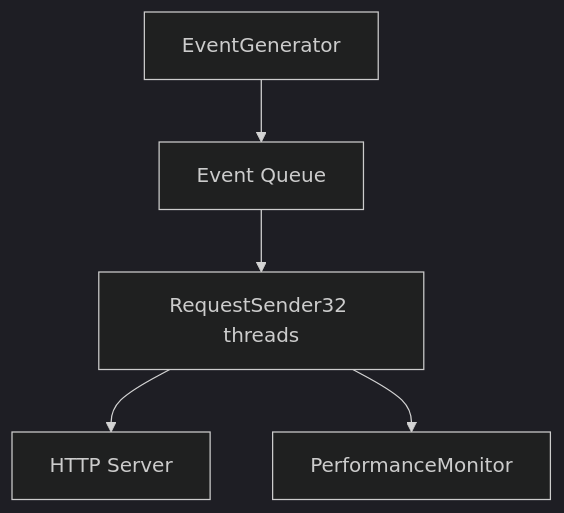
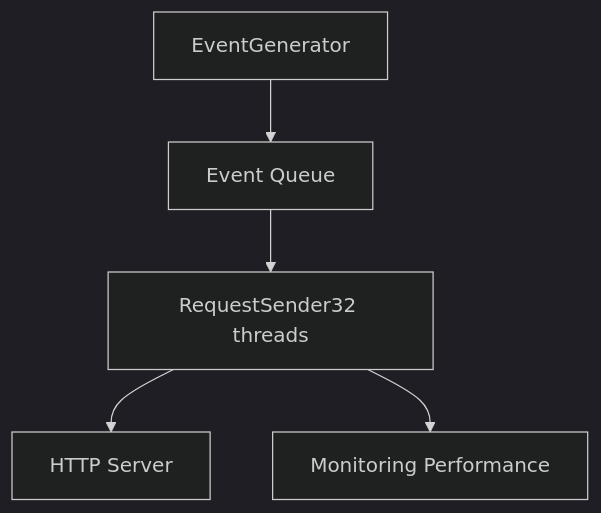
Before and after one commit to ShqiW/CS6650Assignment2: the diagram in README.md, drawn with Mermaid (dark theme). The commit also changed other lines of this file and 6 other files, not shown here.

````diff
--- a/README.md
+++ b/README.md
@@ -25,5 +25,5 @@
 ```mermaid
 graph TB
     A[EventGenerator] --> B[Event Queue] --> C[RequestSender32 threads] --> D[HTTP Server]
-    C --> E[PerformanceMonitor]
+    C --> E[Monitoring Performance]
 ```
````
